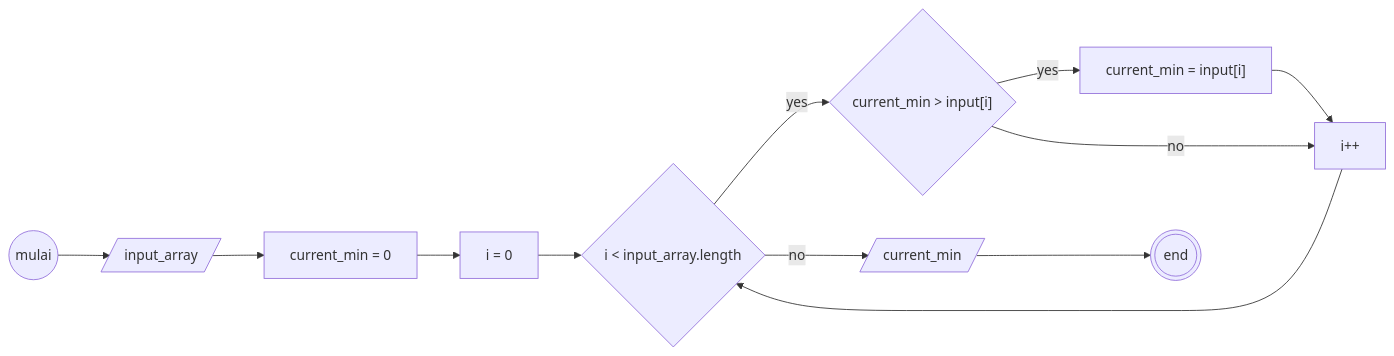
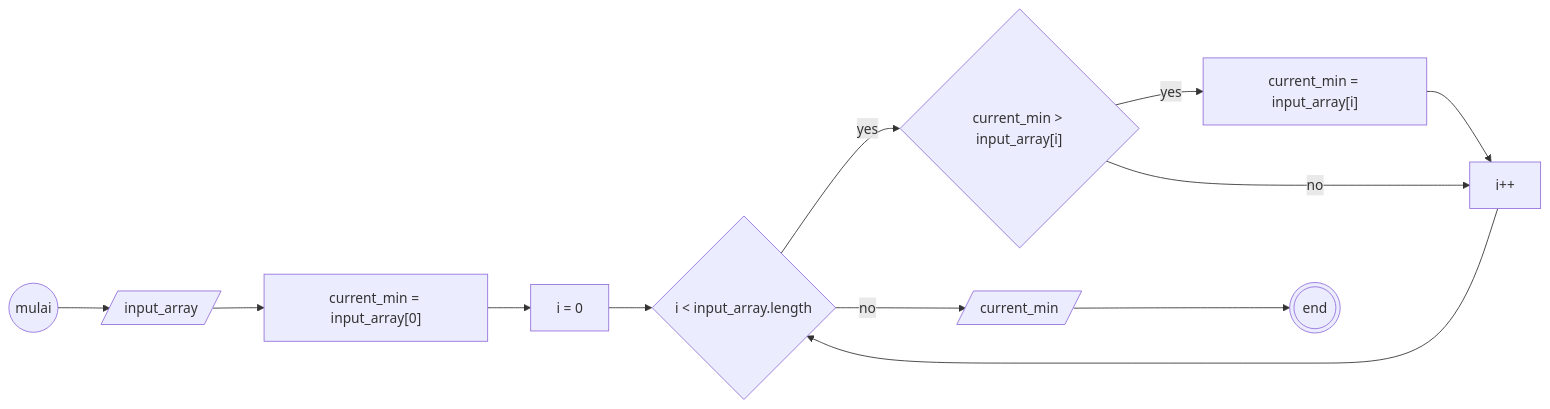
One commit to daberpro/koda-b10-javascript4 changed the second of 3 diagrams in README.md. Above: the diagram before and after it, drawn with Mermaid. The commit also changed other lines of this file, not shown here.

````diff
--- a/README.md
+++ b/README.md
@@ -37,33 +37,33 @@
 ```mermaid
 
 flowchart LR
     Start((mulai))
 
     InputArray[/input_array/]
-    CurrentMin[current_min = 0]
-    Cek{"current_min > input[i]"}
-    AssignMaxCurrent["current_min = input[i]"]
+    CurrentMin["current_min = input_array[0]"]
+    Cek{"current_min > input_array[i]"}
+    AssignMaxCurrent["current_min = input_array[i]"]
     
     I[i = 0]
     TambahI[i++]
     CekI{i < input_array.length}
 
     CetakHasil[/current_min/]
 
     End(((end)))
 
     Start --> InputArray
     InputArray --> CurrentMin
 
     CurrentMin --> I 
     I --> CekI
     CekI --> |yes| Cek
     Cek --> |yes| AssignMaxCurrent
     Cek --> |no| TambahI
     AssignMaxCurrent --> TambahI
     TambahI --> CekI
 
     CekI --> |no| CetakHasil
     CetakHasil --> End
 
 ```
````
